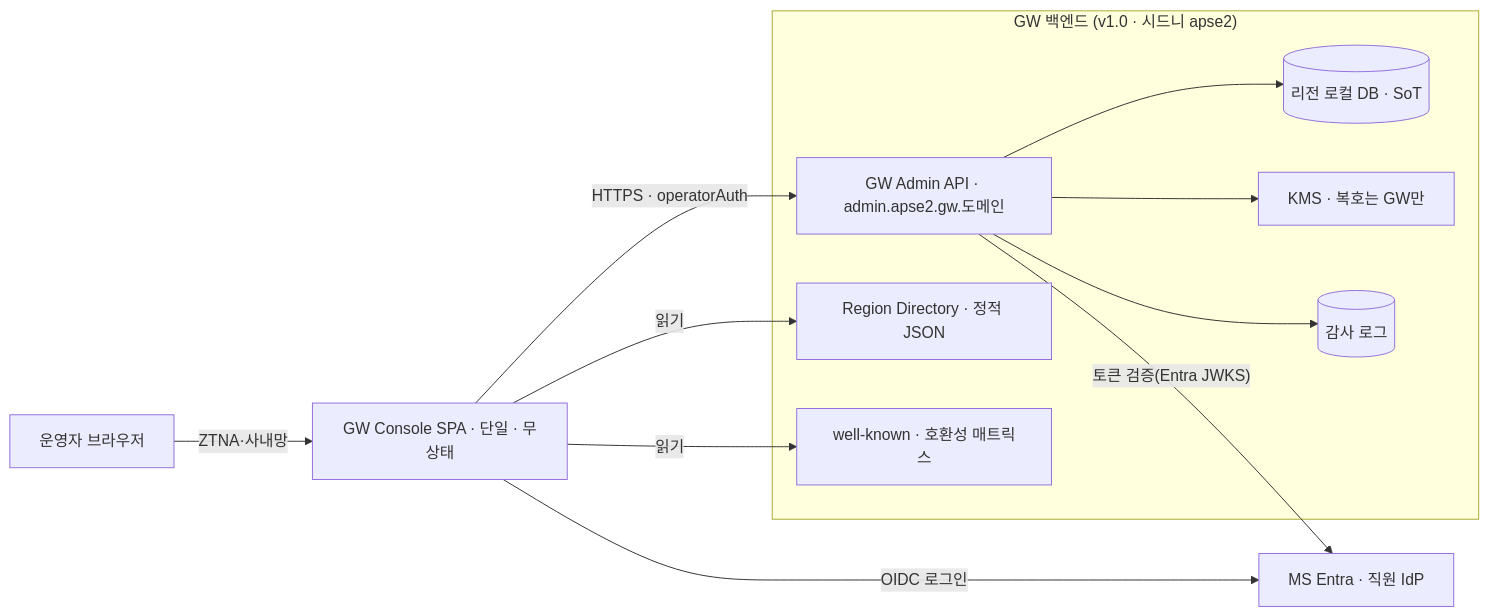
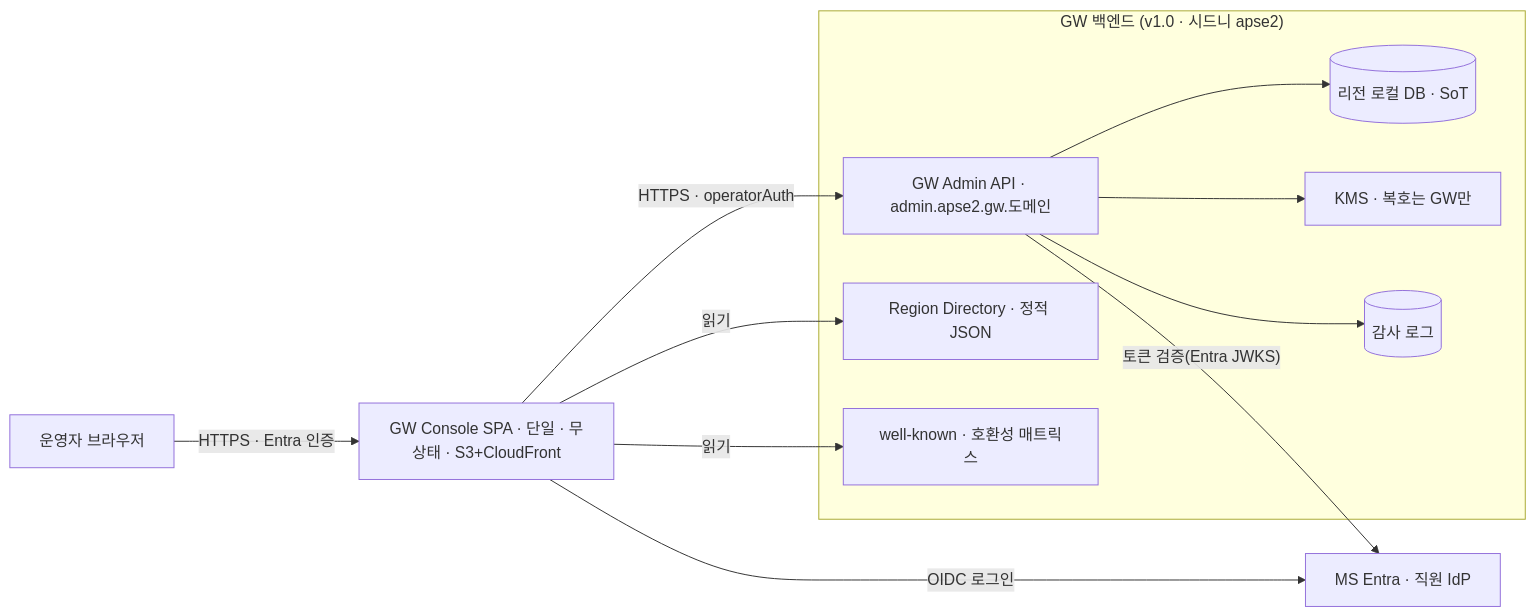
The first of 10 diagrams in docs/VT_API_Gateway/08.VT_API_Gateway/specs/03c-subsrs-gw-console/SRS.md (gracegyu/scp-architecture), drawn with Mermaid before and after one commit. The commit also changed other lines of this file and 1 other file, not shown here.

First line of the commit message:
docs: Update GW Console SRS to reflect version 0.14 and recent backlog changes

````diff
--- a/docs/VT_API_Gateway/08.VT_API_Gateway/specs/03c-subsrs-gw-console/SRS.md
+++ b/docs/VT_API_Gateway/08.VT_API_Gateway/specs/03c-subsrs-gw-console/SRS.md
@@ -120,20 +120,20 @@
 ```mermaid
 flowchart LR
-  OP["운영자 브라우저"] -->|"ZTNA·사내망"| C["GW Console SPA · 단일 · 무상태"]
+  OP["운영자 브라우저"] -->|"HTTPS · Entra 인증"| C["GW Console SPA · 단일 · 무상태 · S3+CloudFront"]
   C -->|"OIDC 로그인"| E["MS Entra · 직원 IdP"]
   subgraph GW["GW 백엔드 (v1.0 · 시드니 apse2)"]
     A["GW Admin API · admin.apse2.gw.도메인"]
     DB[("리전 로컬 DB · SoT")]
     KMS["KMS · 복호는 GW만"]
     AUD[("감사 로그")]
     RD["Region Directory · 정적 JSON"]
     WK["well-known · 호환성 매트릭스"]
     A --> DB
     A --> KMS
     A --> AUD
   end
   C -->|"HTTPS · operatorAuth"| A
   A -->|"토큰 검증(Entra JWKS)"| E
   C -->|"읽기"| RD
   C -->|"읽기"| WK
 ```
````
